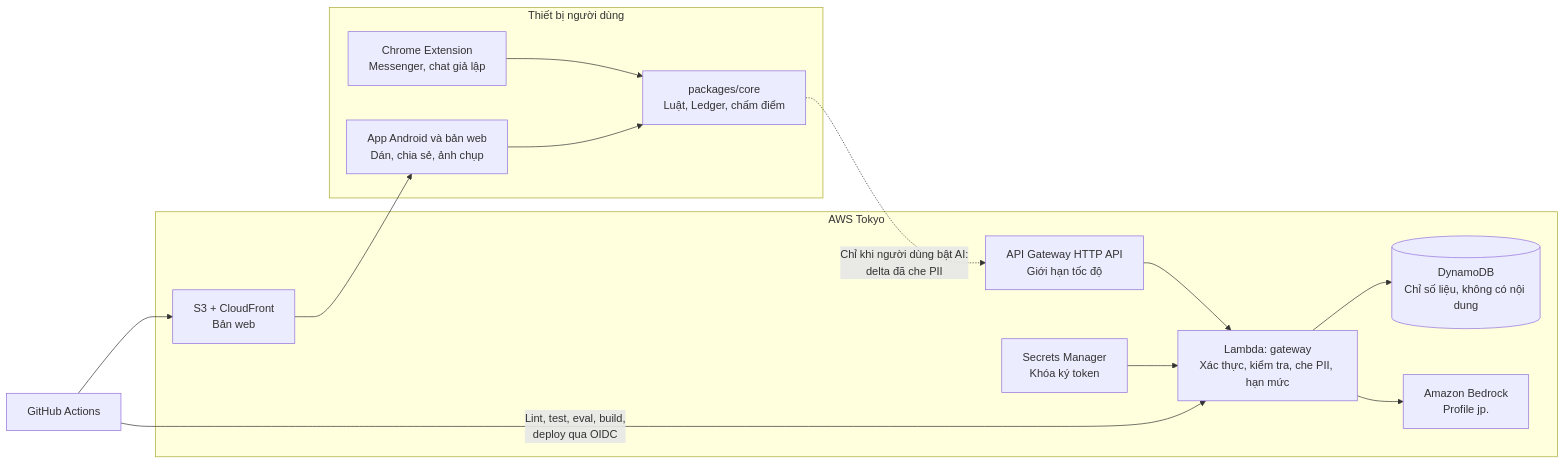
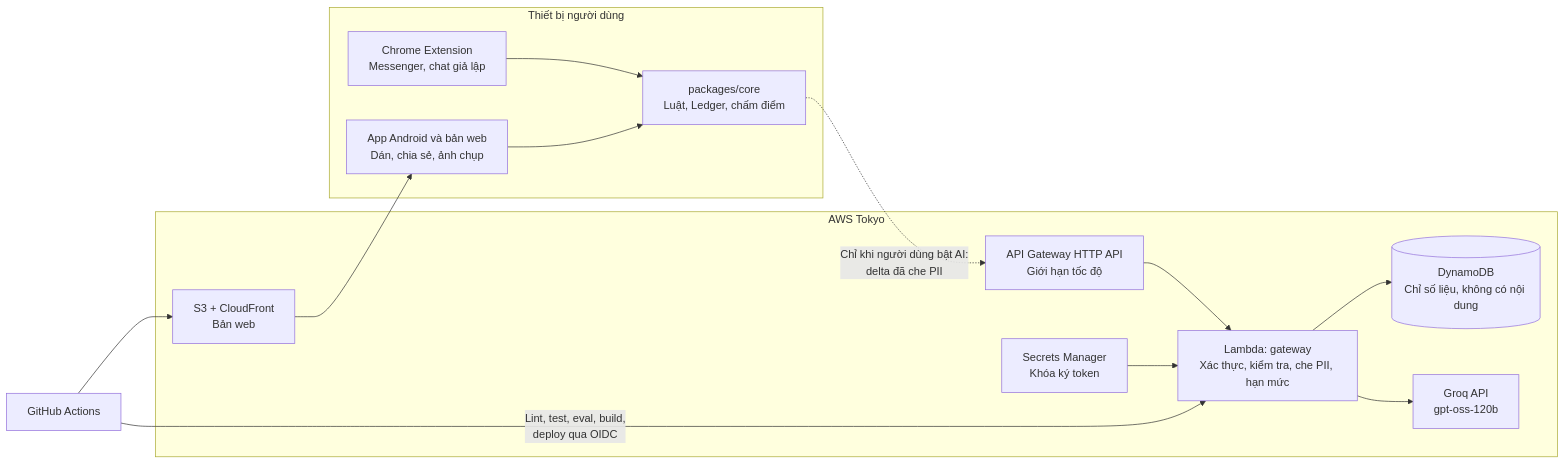
One commit to RenoMSD/Hackathon_SafeChatAI changed the diagram in docs/03_KIEN_TRUC_MUC_TIEU.md. Above: the diagram before and after it, drawn with Mermaid. The commit also changed other lines of this file and 5 other files, not shown here.

````diff
--- a/docs/03_KIEN_TRUC_MUC_TIEU.md
+++ b/docs/03_KIEN_TRUC_MUC_TIEU.md
@@ -60,28 +63,28 @@
 ```mermaid
 flowchart LR
   subgraph Device["Thiết bị người dùng"]
     EXT["Chrome Extension<br/>Messenger, chat giả lập"]
     WEB["App Android và bản web<br/>Dán, chia sẻ, ảnh chụp"]
     CORE["packages/core<br/>Luật, Ledger, chấm điểm"]
     EXT --> CORE
     WEB --> CORE
   end
 
   subgraph AWS["AWS Tokyo"]
     APIGW["API Gateway HTTP API<br/>Giới hạn tốc độ"]
     GW["Lambda: gateway<br/>Xác thực, kiểm tra, che PII, hạn mức"]
     DB[("DynamoDB<br/>Chỉ số liệu, không có nội dung")]
     SM["Secrets Manager<br/>Khóa ký token"]
-    LLM["Amazon Bedrock<br/>Profile jp."]
+    LLM["Groq API<br/>gpt-oss-120b"]
     STATIC["S3 + CloudFront<br/>Bản web"]
     APIGW --> GW
     GW --> DB
     SM --> GW
     GW --> LLM
   end
 
   CORE -. "Chỉ khi người dùng bật AI:<br/>delta đã che PII" .-> APIGW
   STATIC --> WEB
   GH["GitHub Actions"] -->|"Lint, test, eval, build,<br/>deploy qua OIDC"| GW
   GH --> STATIC
 ```
````
